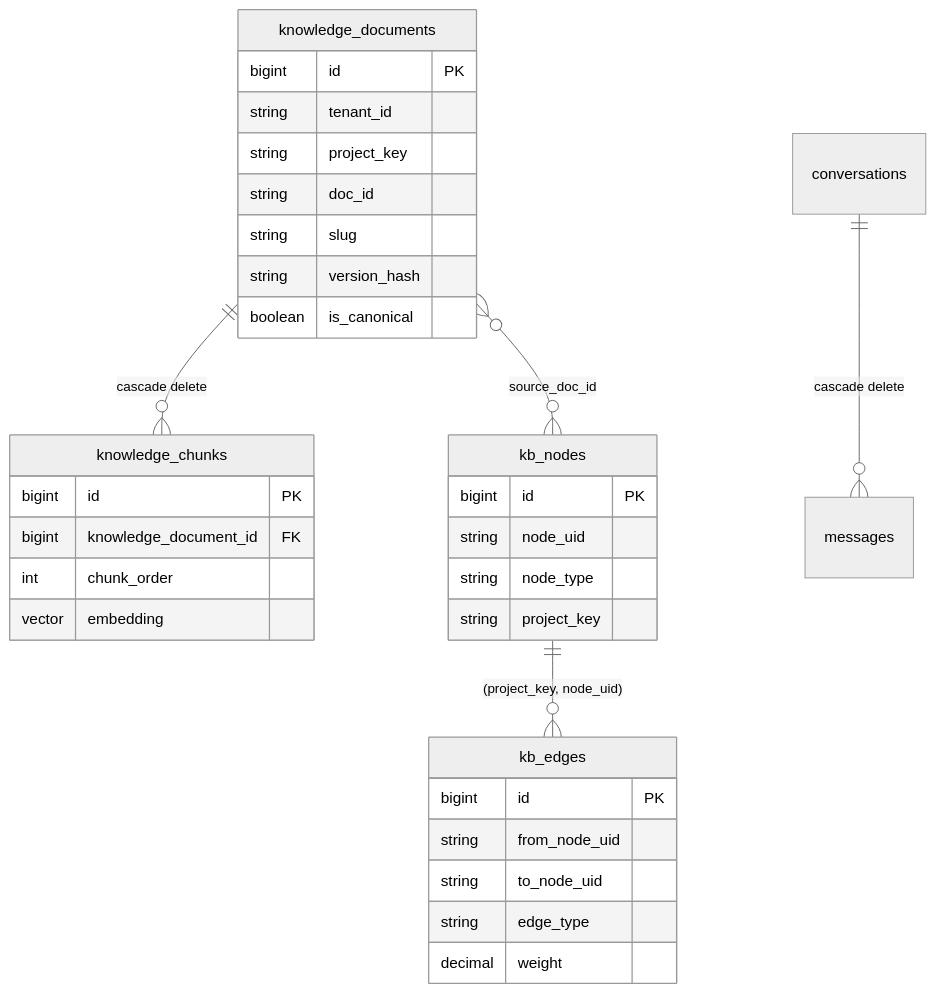
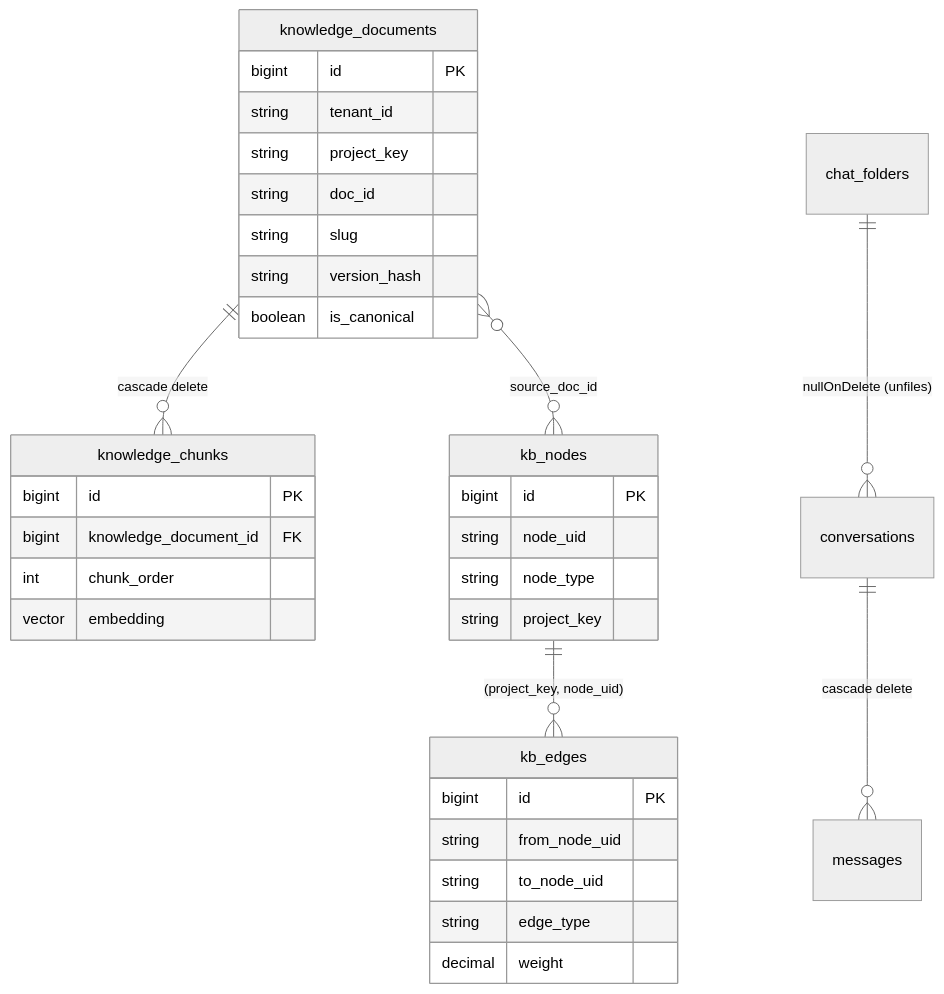
Before and after one commit to lopadova/AskMyDocs: the diagram in docs-site/architecture/database-schema.mdx, drawn with Mermaid (neutral theme). The commit also changed other lines of this file and 93 other files, not shown here.

````diff
--- a/docs-site/architecture/database-schema.mdx
+++ b/docs-site/architecture/database-schema.mdx
@@ -32,35 +32,36 @@
 ```mermaid
 erDiagram
     knowledge_documents ||--o{ knowledge_chunks : "cascade delete"
     knowledge_documents }o--o{ kb_nodes : "source_doc_id"
     kb_nodes ||--o{ kb_edges : "(project_key, node_uid)"
     conversations ||--o{ messages : "cascade delete"
+    chat_folders ||--o{ conversations : "nullOnDelete (unfiles)"
     knowledge_documents {
       bigint id PK
       string tenant_id
       string project_key
       string doc_id
       string slug
       string version_hash
       boolean is_canonical
     }
     knowledge_chunks {
       bigint id PK
       bigint knowledge_document_id FK
       int chunk_order
       vector embedding
     }
     kb_nodes {
       bigint id PK
       string node_uid
       string node_type
       string project_key
     }
     kb_edges {
       bigint id PK
       string from_node_uid
       string to_node_uid
       string edge_type
       decimal weight
     }
 ```
````
